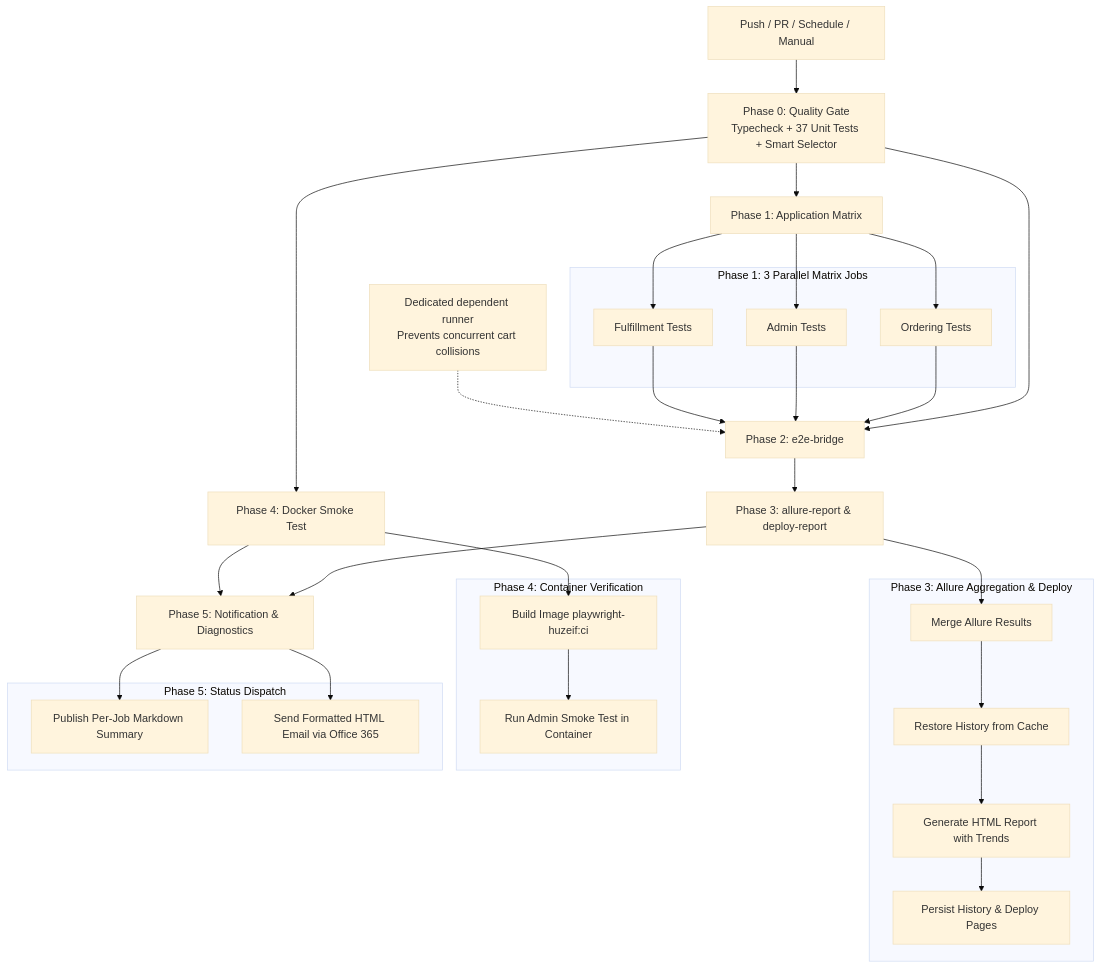
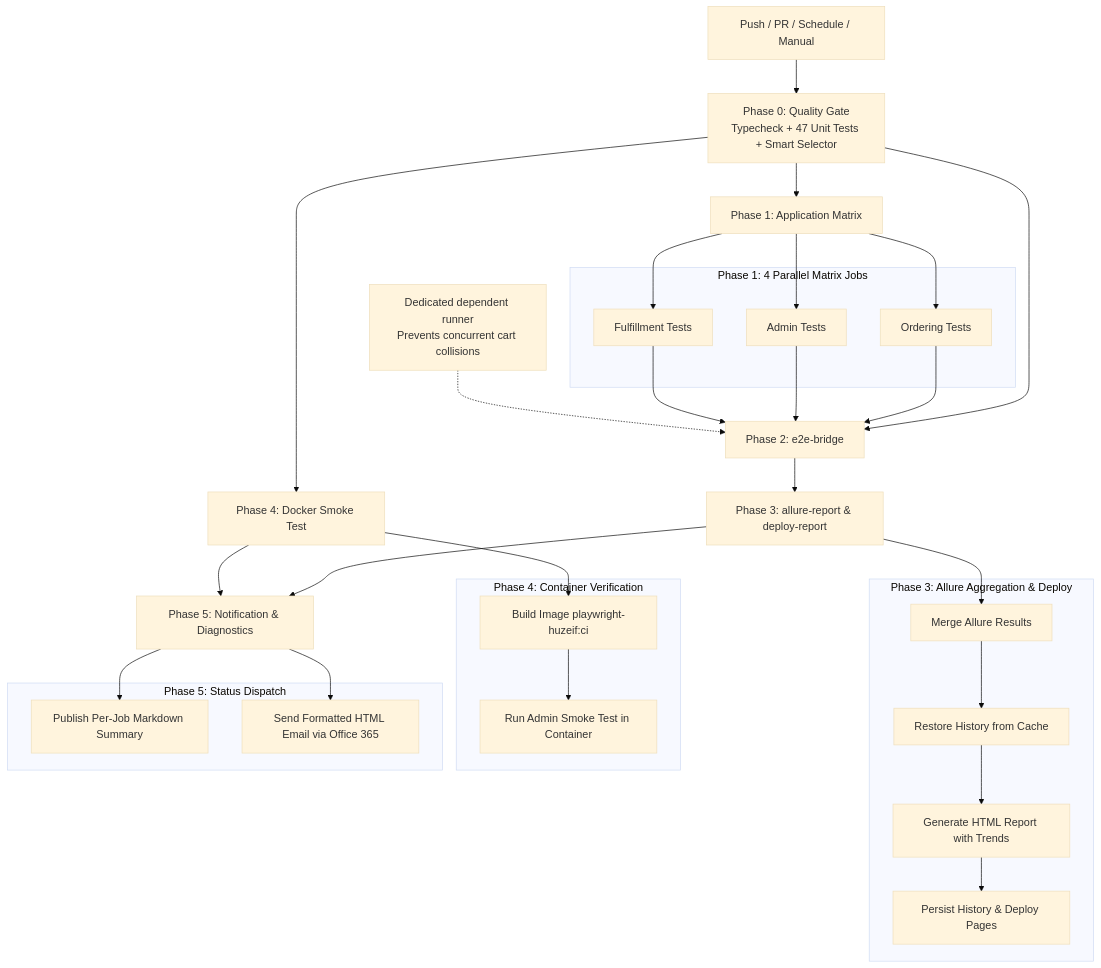
The diagram in README.md (Huzeif1994/test), drawn with Mermaid (base theme) before and after one commit. The commit also changed other lines of this file and 7 other files, not shown here.

````diff
--- a/README.md
+++ b/README.md
@@ -169,41 +170,41 @@
 ```mermaid
 flowchart TD
-    A[Push / PR / Schedule / Manual] --> QG[Phase 0: Quality Gate<br/>Typecheck + 37 Unit Tests + Smart Selector]
+    A[Push / PR / Schedule / Manual] --> QG[Phase 0: Quality Gate<br/>Typecheck + 47 Unit Tests + Smart Selector]
     
     QG --> B[Phase 1: Application Matrix]
-    subgraph Phase1 [Phase 1: 3 Parallel Matrix Jobs]
+    subgraph Phase1 [Phase 1: 4 Parallel Matrix Jobs]
         B1[Ordering Tests]
         B2[Admin Tests]
         B3[Fulfillment Tests]
     end
     B --> B1
     B --> B2
     B --> B3
     
     QG & B1 & B2 & B3 --> C[Phase 2: e2e-bridge]
     note1[Dedicated dependent runner\nPrevents concurrent cart collisions] -.-> C
     
     C --> D[Phase 3: allure-report & deploy-report]
     subgraph Phase3 [Phase 3: Allure Aggregation & Deploy]
         D1[Merge Allure Results]
         D2[Restore History from Cache]
         D3[Generate HTML Report with Trends]
         D4[Persist History & Deploy Pages]
     end
     D --> D1 --> D2 --> D3 --> D4
     
     QG --> E[Phase 4: Docker Smoke Test]
     subgraph Phase4 [Phase 4: Container Verification]
         E1[Build Image playwright-huzeif:ci]
         E2[Run Admin Smoke Test in Container]
     end
     E --> E1 --> E2
     
     D & E --> F[Phase 5: Notification & Diagnostics]
     subgraph Phase5 [Phase 5: Status Dispatch]
         F1[Publish Per-Job Markdown Summary]
         F2[Send Formatted HTML Email via Office 365]
     end
     F --> F1
     F --> F2
 ```
````
